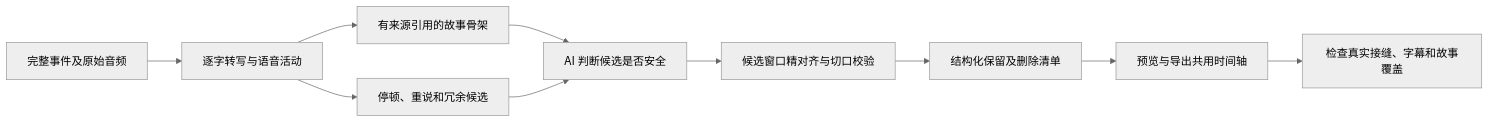
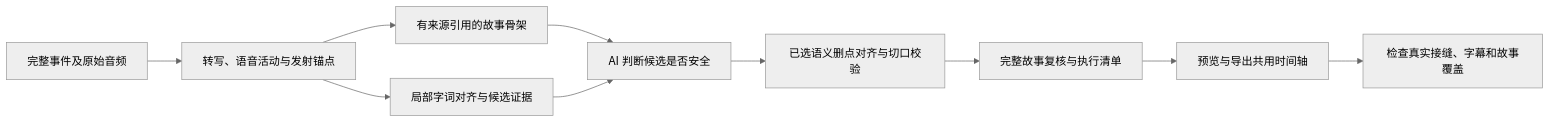
The diagram in docs/fine-editing-redesign.md (heyule69/SliceAI), drawn with Mermaid (neutral theme) before and after one commit. The commit also changed other lines of this file and 42 other files, not shown here.

````diff
--- a/docs/fine-editing-redesign.md
+++ b/docs/fine-editing-redesign.md
@@ -11,12 +11,12 @@
 ```mermaid
 flowchart LR
-    A[完整事件及原始音频] --> B[逐字转写与语音活动]
+    A[完整事件及原始音频] --> B[转写、语音活动与发射锚点]
     B --> C[有来源引用的故事骨架]
-    B --> D[停顿、重说和冗余候选]
+    B --> D[局部字词对齐与候选证据]
     C --> E[AI 判断候选是否安全]
     D --> E
-    E --> F[候选窗口精对齐与切口校验]
-    F --> G[结构化保留及删除清单]
+    E --> F[已选语义删点对齐与切口校验]
+    F --> G[完整故事复核与执行清单]
     G --> H[预览与导出共用时间轴]
     H --> I[检查真实接缝、字幕和故事覆盖]
 ```
````
